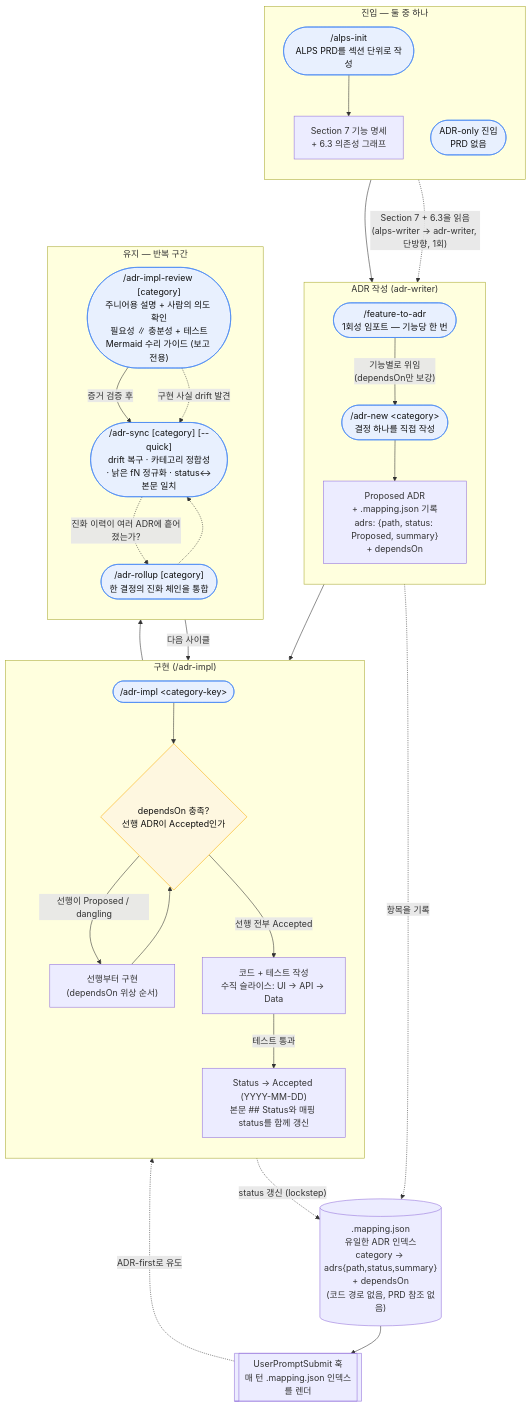
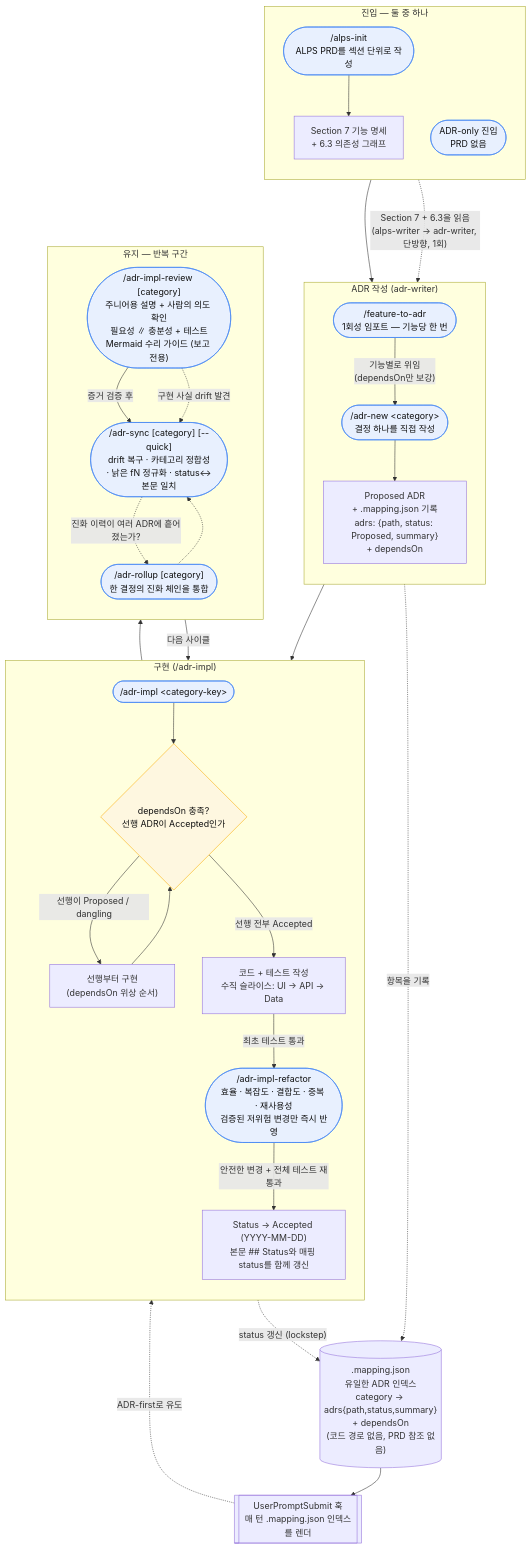
One commit to haandol/alps-writer-mcp changed the first of 8 diagrams in docs/adr-process.md. Above: the diagram before and after it, drawn with Mermaid. The commit also changed other lines of this file and 23 other files, not shown here.

````diff
--- a/docs/adr-process.md
+++ b/docs/adr-process.md
@@ -28,63 +28,65 @@
 ```mermaid
 flowchart TD
     subgraph entry["진입 — 둘 중 하나"]
         direction TB
         AlpsInit(["/alps-init<br/>ALPS PRD를 섹션 단위로 작성"])
         S7["Section 7 기능 명세<br/>+ 6.3 의존성 그래프"]
         AlpsInit --> S7
         ADROnly(["ADR-only 진입<br/>PRD 없음"])
     end
 
     subgraph author["ADR 작성 (adr-writer)"]
         direction TB
         F2A(["/feature-to-adr<br/>1회성 임포트 — 기능당 한 번"])
         New(["/adr-new &lt;category&gt;<br/>결정 하나를 직접 작성"])
         Proposed["Proposed ADR<br/>+ .mapping.json 기록<br/>adrs: {path, status: Proposed, summary}<br/>+ dependsOn"]
         F2A -->|"기능별로 위임<br/>(dependsOn만 보강)"| New
         New --> Proposed
     end
 
     subgraph impl["구현 (/adr-impl)"]
         direction TB
         Impl(["/adr-impl &lt;category-key&gt;"])
         Gate{"dependsOn 충족?<br/>선행 ADR이 Accepted인가"}
         Prereq["선행부터 구현<br/>(dependsOn 위상 순서)"]
         Code["코드 + 테스트 작성<br/>수직 슬라이스: UI → API → Data"]
+        Refactor(["/adr-impl-refactor<br/>효율 · 복잡도 · 결합도 · 중복 · 재사용성<br/>검증된 저위험 변경만 즉시 반영"])
         Accepted["Status → Accepted (YYYY-MM-DD)<br/>본문 ## Status와 매핑 status를 함께 갱신"]
         Impl --> Gate
         Gate -->|"선행이 Proposed / dangling"| Prereq
         Prereq --> Gate
         Gate -->|"선행 전부 Accepted"| Code
-        Code -->|"테스트 통과"| Accepted
+        Code -->|"최초 테스트 통과"| Refactor
+        Refactor -->|"안전한 변경 + 전체 테스트 재통과"| Accepted
     end
 
     subgraph maint["유지 — 반복 구간"]
         direction TB
         Review(["/adr-impl-review [category]<br/>주니어용 설명 + 사람의 의도 확인<br/>필요성 ∥ 충분성 + 테스트<br/>Mermaid 수리 가이드 (보고 전용)"])
         Sync(["/adr-sync [category] [--quick]<br/>drift 복구 · 카테고리 정합성<br/>· 낡은 fN 정규화 · status↔본문 일치"])
         Rollup(["/adr-rollup [category]<br/>한 결정의 진화 체인을 통합"])
     end
 
     Mapping[(".mapping.json<br/>유일한 ADR 인덱스<br/>category → adrs{path,status,summary}<br/>+ dependsOn<br/>(코드 경로 없음, PRD 참조 없음)")]
     Hook[["UserPromptSubmit 훅<br/>매 턴 .mapping.json 인덱스를 렌더"]]
 
     S7 -.->|"Section 7 + 6.3을 읽음<br/>(alps-writer → adr-writer, 단방향, 1회)"| F2A
     ADROnly --> New
     Proposed --> Impl
     Accepted --> Review
     Review -->|"증거 검증 후"| Sync
     Review -.->|"구현 사실 drift 발견"| Sync
     Sync -->|"다음 사이클"| Impl
     Sync -.->|"진화 이력이 여러 ADR에 흩어졌는가?"| Rollup
     Rollup -.-> Sync
 
     Proposed -.->|"항목을 기록"| Mapping
     Accepted -.->|"status 갱신 (lockstep)"| Mapping
     Mapping --> Hook
     Hook -.->|"ADR-first로 유도"| Impl
 
     classDef cmd fill:#e8f0fe,stroke:#4285f4,color:#111;
     classDef gate fill:#fef7e0,stroke:#f9ab00,color:#111;
-    class AlpsInit,F2A,New,Impl,Review,Sync,Rollup,ADROnly cmd;
+    class AlpsInit,F2A,New,Impl,Refactor,Review,Sync,Rollup,ADROnly cmd;
     class Gate gate;
 ```
````
